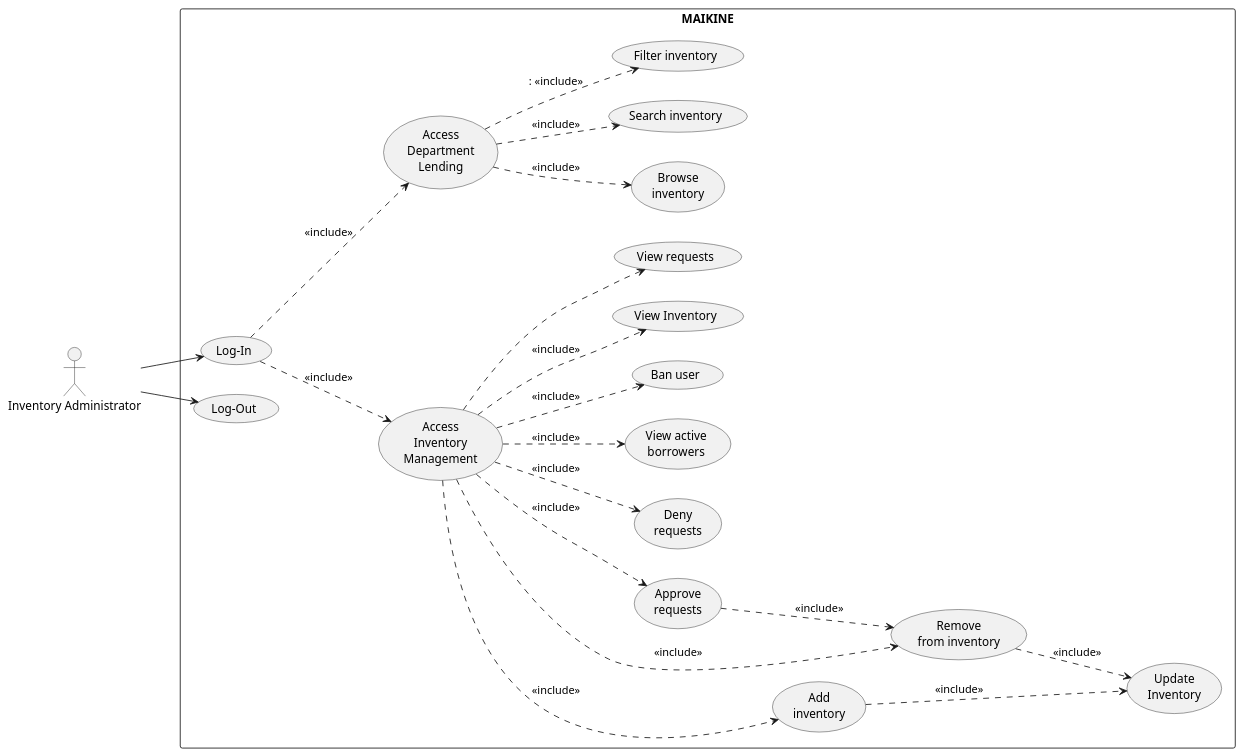
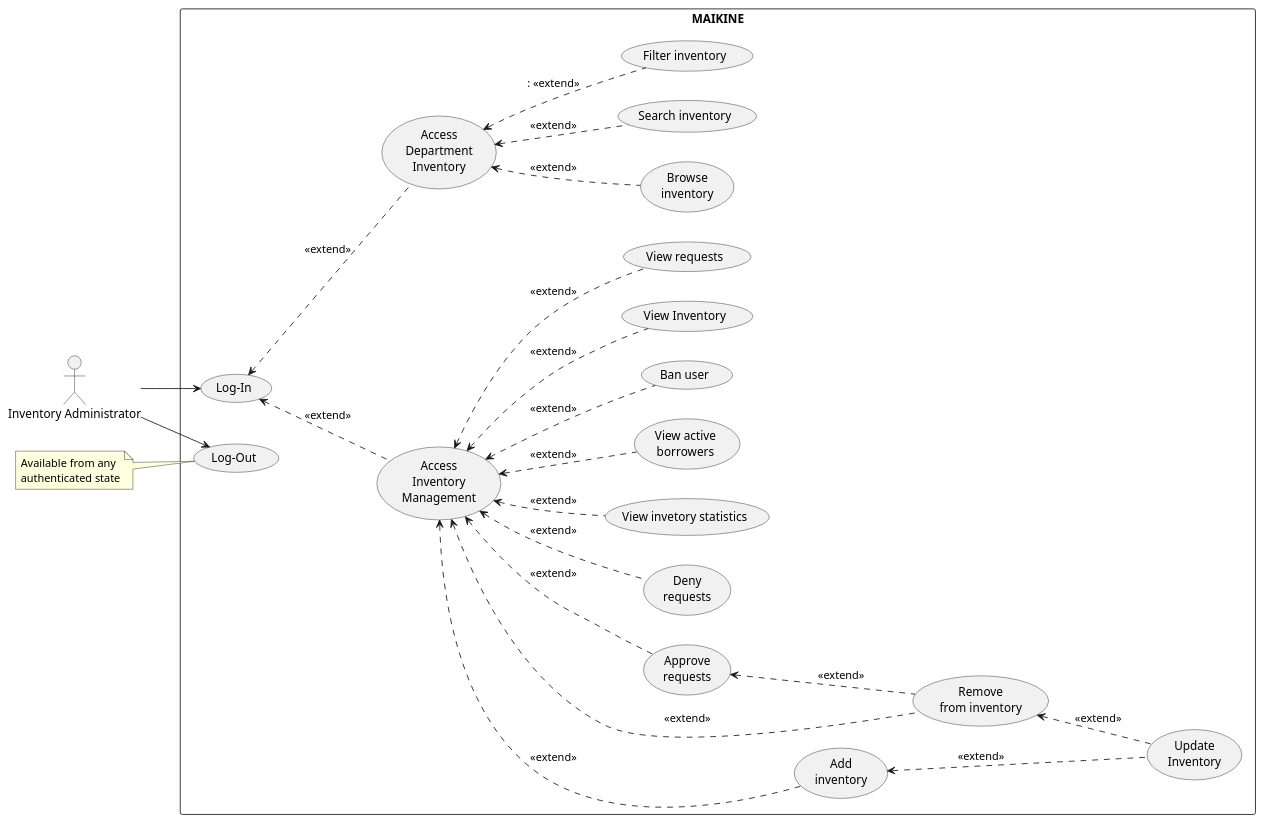
Before and after one commit to JanPerez35/PlantUML: the diagram in usecaseDiagrams/Inventory_Administrator_Diagram.puml, drawn with PlantUML. The commit also changed 10 other files, not shown here.

Commit message:
Updated use case and activity diagrams.

```diff
--- a/usecaseDiagrams/Inventory_Administrator_Diagram.puml
+++ b/usecaseDiagrams/Inventory_Administrator_Diagram.puml
@@ -1,51 +1,58 @@
 @startuml
 left to right direction
 skinparam packageStyle rectangle
 
 actor "Inventory Administrator" as InventoryAdmin
 
 rectangle MAIKINE {
 
   usecase "Log-In" as UC_Login
   usecase "Access\nInventory\nManagement" as UC_InventoryMgmt
   usecase "Add\ninventory" as UC_AddInventory
   usecase "Update\nInventory" as UC_UpdateInventory
   usecase "Remove\nfrom inventory" as UC_RemoveInventory
   usecase "Approve\nrequests" as UC_ApproveRequests
   usecase "Deny\nrequests" as UC_DenyRequests
+  usecase "View invetory statistics" as UC_ViewStatisitcs
   usecase "View active\nborrowers" as UC_ViewBorrowers
-  usecase "Access\nDepartment\nLending" as UC_DepLending
+  usecase "Access\nDepartment\nInventory" as UC_DepLending
   usecase "Ban user" as UC_BanUser
   usecase "Browse\ninventory" as UC_BrowseInventory
   usecase "View Inventory" as UC_View
   usecase "View requests" as UC_ViewRequest
   usecase "Search inventory" as UC_Search
   usecase "Filter inventory" as UC_Filter
   usecase "Log-Out" as UC_Logout
 }
 
 InventoryAdmin --> UC_Login
 InventoryAdmin --> UC_Logout
 
-UC_Login ..> UC_InventoryMgmt : <<include>>
-UC_Login ..> UC_DepLending : <<include>>
+UC_Login <.. UC_InventoryMgmt : <<extend>>
+UC_Login <.. UC_DepLending : <<extend>>
 
-UC_InventoryMgmt ..> UC_AddInventory : <<include>>
-UC_InventoryMgmt ..> UC_RemoveInventory : <<include>>
-UC_InventoryMgmt ..> UC_ApproveRequests : <<include>>
-UC_InventoryMgmt ..> UC_DenyRequests : <<include>>
-UC_InventoryMgmt ..> UC_ViewBorrowers : <<include>>
-UC_InventoryMgmt ..> UC_View: <<include>>
-UC_InventoryMgmt ..> UC_ViewRequest <<include>>
-UC_InventoryMgmt ..> UC_BanUser : <<include>>
+UC_InventoryMgmt <.. UC_AddInventory : <<extend>>
+UC_InventoryMgmt <.. UC_RemoveInventory : <<extend>>
+UC_InventoryMgmt <.. UC_ApproveRequests : <<extend>>
+UC_InventoryMgmt <.. UC_DenyRequests : <<extend>>
+UC_InventoryMgmt <.. UC_ViewBorrowers : <<extend>>
+UC_InventoryMgmt <.. UC_View: <<extend>>
+UC_InventoryMgmt <.. UC_ViewRequest: <<extend>>
+UC_InventoryMgmt <.. UC_BanUser : <<extend>>
+UC_InventoryMgmt <.. UC_ViewStatisitcs : <<extend>>
 
-UC_AddInventory ..> UC_UpdateInventory : <<include>>
-UC_RemoveInventory ..> UC_UpdateInventory : <<include>>
-UC_ApproveRequests ..> UC_RemoveInventory : <<include>>
+UC_AddInventory <.. UC_UpdateInventory : <<extend>>
+UC_RemoveInventory <.. UC_UpdateInventory : <<extend>>
+UC_ApproveRequests <.. UC_RemoveInventory : <<extend>>
 
 
-UC_DepLending ..> UC_BrowseInventory : <<include>>
-UC_DepLending ..> UC_Search : <<include>>
-UC_DepLending ..> UC_Filter :: <<include>>
+UC_DepLending <.. UC_BrowseInventory : <<extend>>
+UC_DepLending <.. UC_Search : <<extend>>
+UC_DepLending <.. UC_Filter :: <<extend>>
+
+note left of UC_Logout
+Available from any
+authenticated state
+end note
 
 @enduml
```
